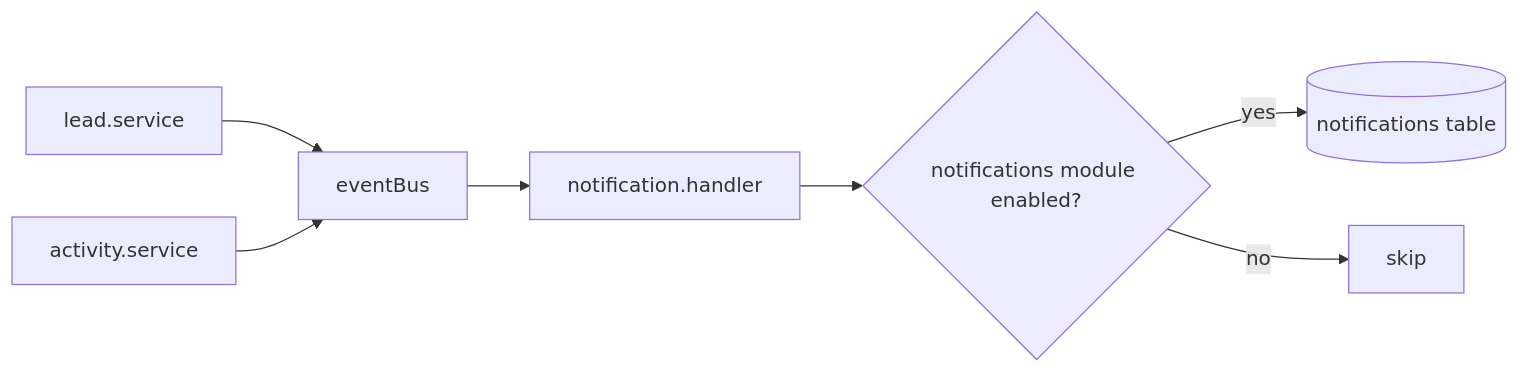
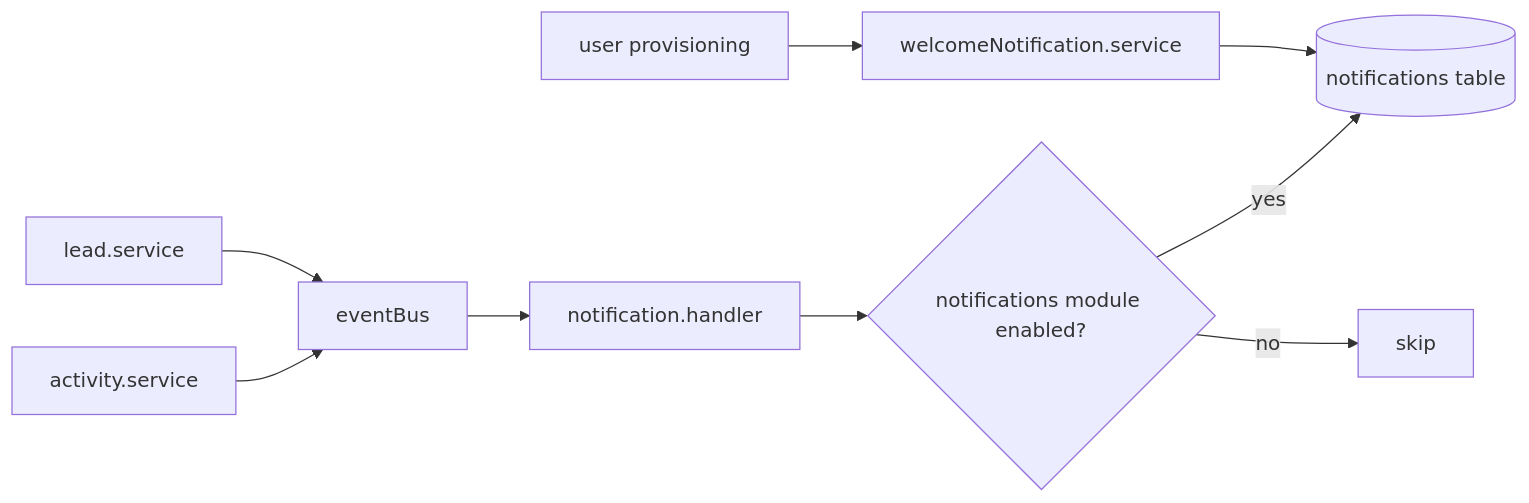
The seventh of 8 diagrams in docs/architecture.md (MoShahan/hilite-multi-org-erp), drawn with Mermaid before and after one commit. The commit also changed other lines of this file, not shown here.

Commit message:
docs(architecture): update platform admin, routing, and permission boundaries

````diff
--- a/docs/architecture.md
+++ b/docs/architecture.md
@@ -437,9 +443,11 @@
 ```mermaid
 flowchart LR
   LeadSvc[lead.service] --> Bus[eventBus]
   ActivitySvc[activity.service] --> Bus
+  UserSvc[user provisioning] --> WelcomeSvc[welcomeNotification.service]
+  WelcomeSvc --> DB[(notifications table)]
   Bus --> Handler[notification.handler]
   Handler --> ModuleGate{notifications module enabled?}
   ModuleGate -->|yes| DB[(notifications table)]
   ModuleGate -->|no| Skip[skip]
 ```
````
